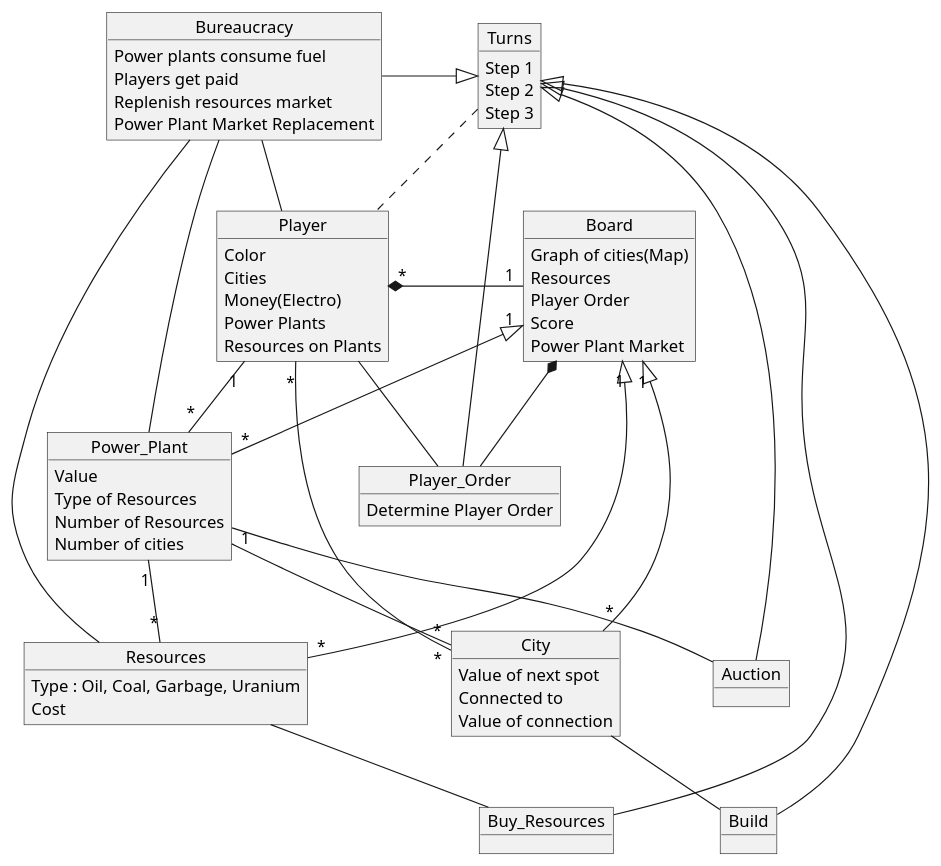
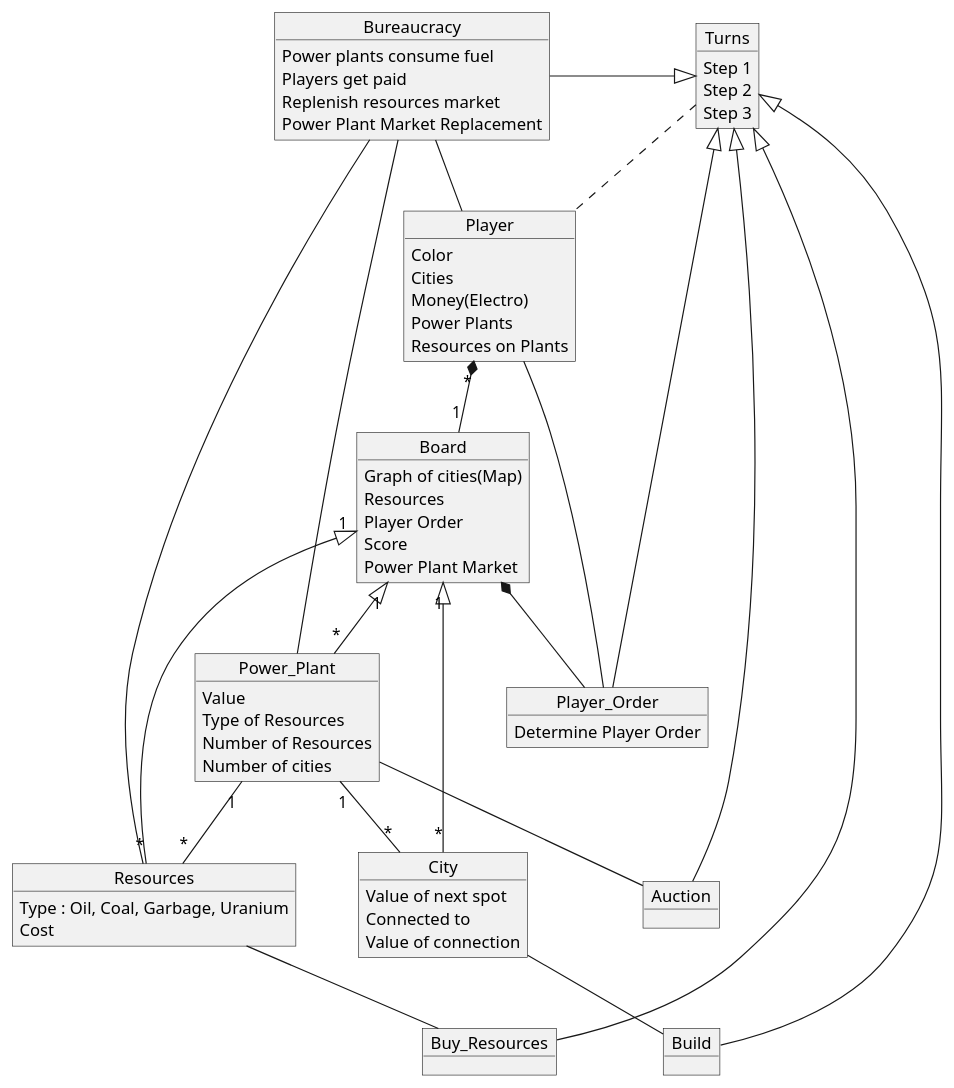
One commit to mnorris23/COMP345Proj changed the diagram in powergrid_classdiagram.wsd. Above: the diagram before and after it, drawn with PlantUML. The commit also changed 6 other files, not shown here.

```diff
--- a/powergrid_classdiagram.wsd
+++ b/powergrid_classdiagram.wsd
@@ -1,83 +1,81 @@
 @startuml
 object Player {
 	Color
 	Cities
 	Money(Electro)
 	Power Plants
 	Resources on Plants
 }
 object Resources {
 	Type : Oil, Coal, Garbage, Uranium
 	Cost
 }
 object Power_Plant {
 	Value
 	Type of Resources
 	Number of Resources
 	Number of cities
 }
 object Board {
 	Graph of cities(Map)
 	Resources
 	Player Order
 	Score
 	Power Plant Market	
 }
 object City {
 	Value of next spot
 	Connected to
 	Value of connection
 }
 object Turns {
 	Step 1
 	Step 2
 	Step 3
 }
 object Player_Order {
 	Determine Player Order
 }
 object Auction {
 
 }
 object Buy_Resources {
 
 }
 object Build {
 
 }
 object Bureaucracy {
 	Power plants consume fuel
 	Players get paid
 	Replenish resources market
 	Power Plant Market Replacement
 }
 
-Board "1" <|-- "*" City
-Board "1" <|-right- "*" Power_Plant
-Board "1" <|-- "*" Resources
+Board "1" <|-right- "*" City
+Board "1" <|-- "*" Power_Plant
+Board "1" <|-left- "*" Resources
 Board  *-- Player_Order
 
 Power_Plant "1" -- "*" City
 Power_Plant "1" -- "*" Resources
 Power_Plant -- Auction
 Power_Plant -- Bureaucracy
 
 City -- Build
 
 Resources -- Buy_Resources
 Resources -- Bureaucracy
 
-Player "*" *-right- "1" Board
+Player "*" *-- "1" Board
 Player .up. Turns
 Player -- Player_Order
 Player -- Bureaucracy
-Player "*" -- "*" City
-Player "1" -- "*" Power_Plant
 
 Turns <|-left- Player_Order
 Turns <|-right- Auction
 Turns <|-left- Buy_Resources
 Turns <|-right- Build
 Turns <|-left- Bureaucracy
 
 @enduml
```
